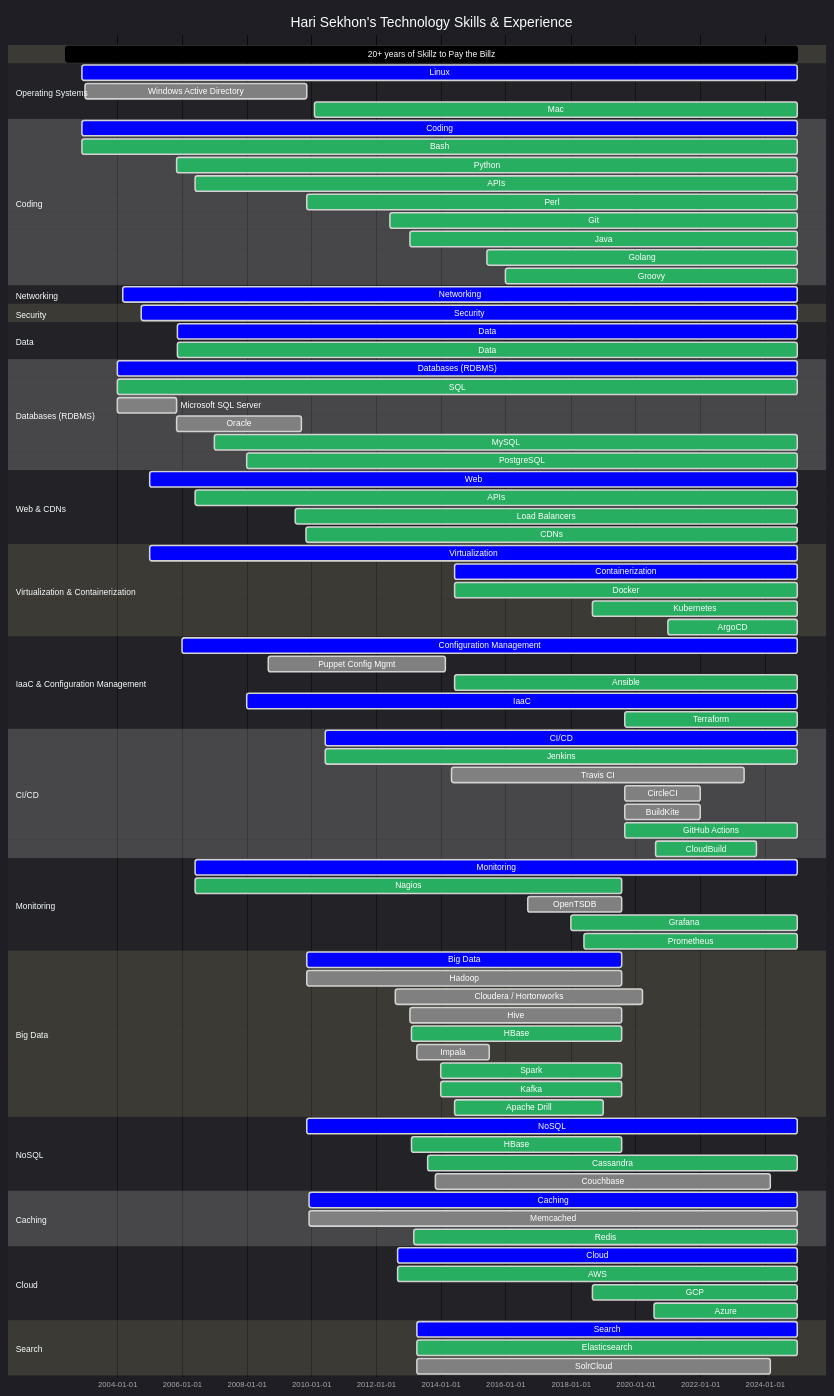
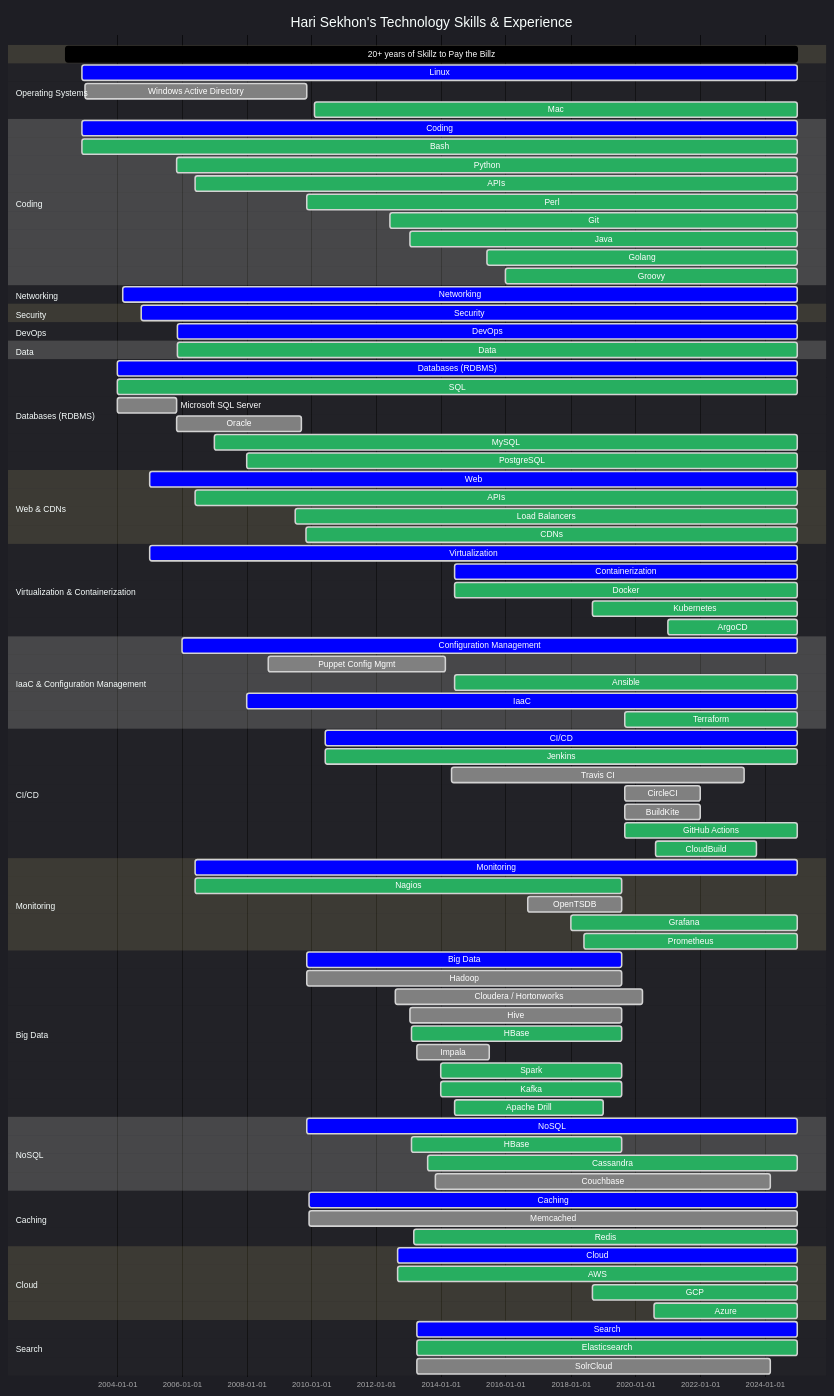
One commit to HariSekhon/HariSekhon changed the diagram in README.md. Above: the diagram before and after it, drawn with Mermaid.

```diff
--- a/README.md
+++ b/README.md
@@ -363,8 +363,8 @@
     %%Kerberos               : active, 2006-06-01, 2024-12-31
     %%LDAP                   : active, 2006-06-01, 2024-12-31
 
-    section Data
-    Data                   : crit, 2005-11-11, 2024-12-31
+    section DevOps
+    DevOps                   : crit, 2005-11-11, 2024-12-31
 
     section Data
     Data                   : active, 2005-11-11, 2024-12-31
```
